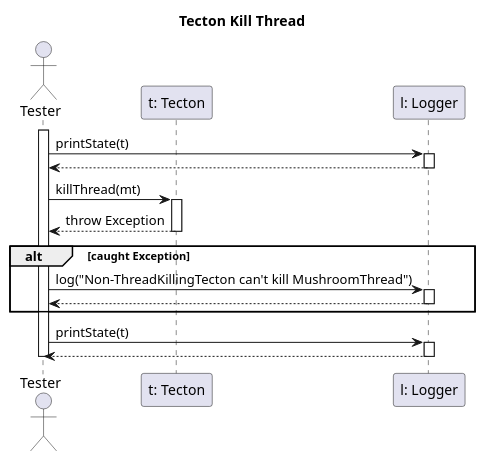
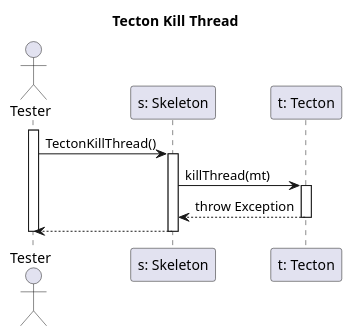
One commit to dzsem/projlab changed the diagram in diagrams/test-sequence/tectonKillThread.puml. Above: the diagram before and after it, drawn with PlantUML.

Commit message:
add skeleton, rem logger in tectonKillThread

```diff
--- a/diagrams/test-sequence/tectonKillThread.puml
+++ b/diagrams/test-sequence/tectonKillThread.puml
@@ -1,36 +1,26 @@
 @startuml tectonKillThreadTest
 
 title Tecton Kill Thread
 
 actor "Tester" as tst
+participant "s: Skeleton" as s
 participant "t: Tecton" as t
-participant "l: Logger" as l
 
 activate tst
 
-tst -> l: printState(t)
-activate l
-tst <-- l
-deactivate l
+tst -> s: TectonKillThread()
+activate s
 
-tst -> t: killThread(mt)
+
+s -> t: killThread(mt)
 activate t
 
-tst <-- t: throw Exception
+s <-- t: throw Exception
 deactivate t
 
-alt caught Exception
-        tst -> l: log("Non-ThreadKillingTecton can't kill MushroomThread")
-        activate l
-        tst <-- l
-        deactivate l    
-    end
-
-tst -> l: printState(t)
-activate l
-tst <-- l
-deactivate l
+tst <-- s
+deactivate s
 
 deactivate tst
 
 @enduml
```
